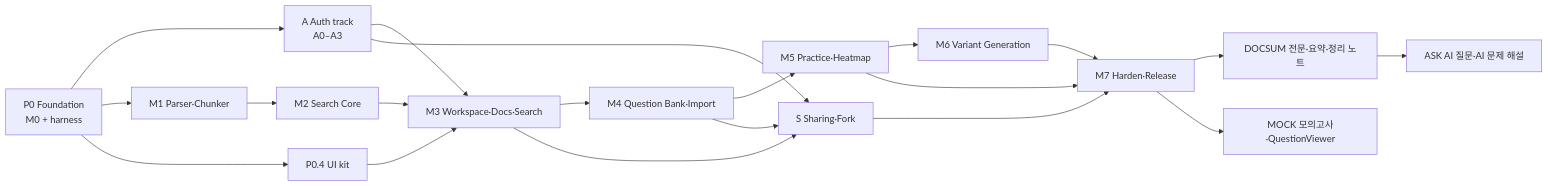
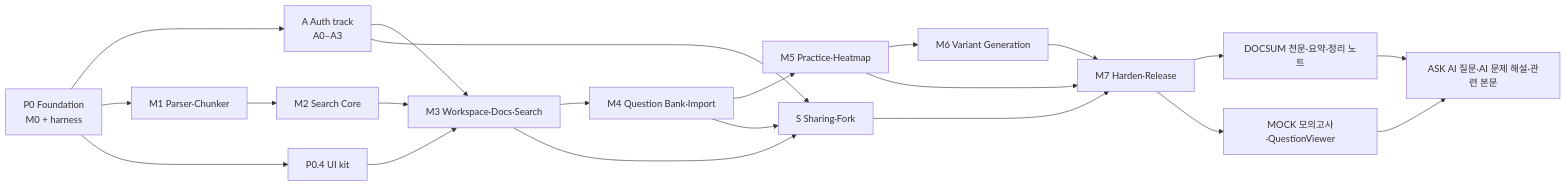
One commit to peacecheejecake/quiz-workspace changed the first of 2 diagrams in docs/implementation-plan.md. Above: the diagram before and after it, drawn with Mermaid. The commit also changed other lines of this file and 16 other files, not shown here.

````diff
--- a/docs/implementation-plan.md
+++ b/docs/implementation-plan.md
@@ -26,22 +26,23 @@
 ```mermaid
 flowchart LR
   P0[P0 Foundation<br/>M0 + harness] --> A[A Auth track<br/>A0–A3]
   P0 --> M1[M1 Parser·Chunker]
   P0 --> UI[P0.4 UI kit]
   M1 --> M2[M2 Search Core]
   A --> M3[M3 Workspace·Docs·Search]
   M2 --> M3
   UI --> M3
   M3 --> M4[M4 Question Bank·Import]
   M4 --> M5[M5 Practice·Heatmap]
   M5 --> M6[M6 Variant Generation]
   M3 --> S[S Sharing·Fork]
   M4 --> S
   A --> S
   M5 --> M7[M7 Harden·Release]
   M6 --> M7
   S --> M7
   M7 --> DS[DOCSUM 전문·요약·정리 노트]
   M7 --> MK[MOCK 모의고사·QuestionViewer]
-  DS --> ASKP[ASK AI 질문·AI 문제 해설]
+  DS --> ASKP[ASK AI 질문·AI 문제 해설·관련 본문]
+  MK --> ASKP
 ```
````
